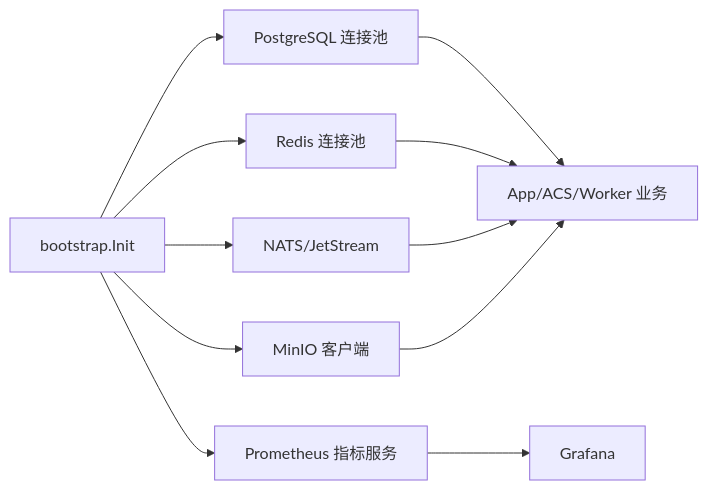
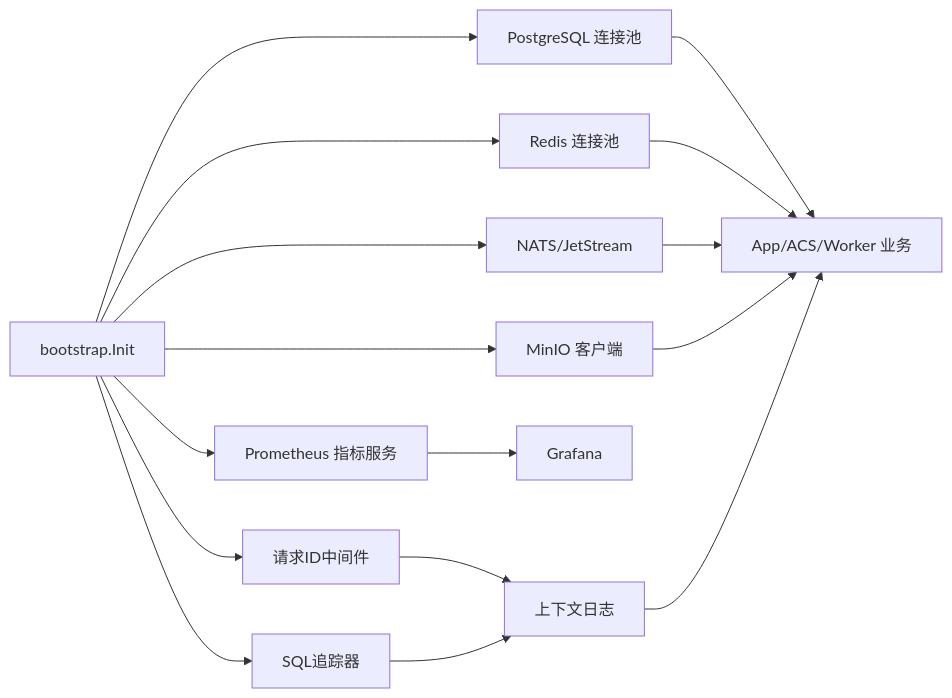
Before and after one commit to bixinhaner/xomc: diagram 11 of 11 in .qoder/repowiki/zh/content/性能优化/性能优化.md, drawn with Mermaid. The commit also changed other lines of this file and 6 other files, not shown here.

````diff
--- a/.qoder/repowiki/zh/content/性能优化/性能优化.md
+++ b/.qoder/repowiki/zh/content/性能优化/性能优化.md
@@ -393,13 +591,18 @@
 ```mermaid
 graph LR
 A["bootstrap.Init"] --> B["PostgreSQL 连接池"]
 A --> C["Redis 连接池"]
 A --> D["NATS/JetStream"]
 A --> E["MinIO 客户端"]
 A --> F["Prometheus 指标服务"]
-B --> G["App/ACS/Worker 业务"]
-C --> G
-D --> G
-E --> G
-F --> H["Grafana"]
+A --> G["请求ID中间件"]
+A --> H["SQL追踪器"]
+B --> I["App/ACS/Worker 业务"]
+C --> I
+D --> I
+E --> I
+F --> J["Grafana"]
+G --> K["上下文日志"]
+H --> K
+K --> I
 ```
````
